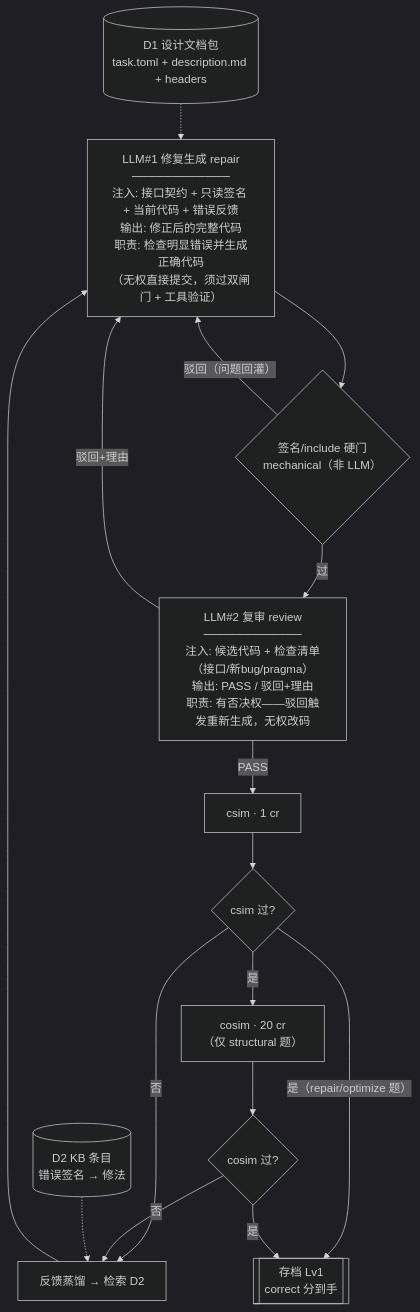
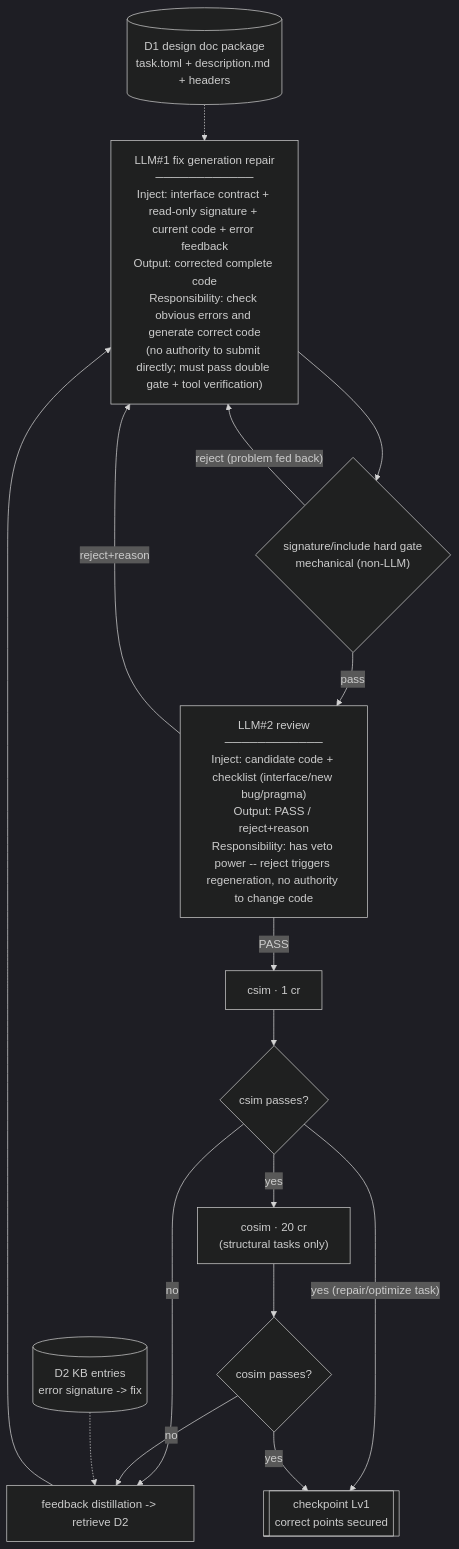
Before and after one commit to QFcattail/llm4hls: the second of 8 diagrams in docs-development/design/agent-architecture.md, drawn with Mermaid (dark theme). The commit also changed other lines of this file and 33 other files, not shown here.

````diff
--- a/docs-development/design/agent-architecture.md
+++ b/docs-development/design/agent-architecture.md
@@ -226,32 +228,32 @@
 ```mermaid
 flowchart TD
-    D1[("D1 设计文档包<br/>task.toml + description.md + headers")]
-    D2[("D2 KB 条目<br/>错误签名 → 修法")]
+    D1[("D1 design doc package<br/>task.toml + description.md + headers")]
+    D2[("D2 KB entries<br/>error signature -> fix")]
 
-    L1["LLM#1 修复生成 repair<br/>────────────<br/>注入: 接口契约 + 只读签名 + 当前代码 + 错误反馈<br/>输出: 修正后的完整代码<br/>职责: 检查明显错误并生成正确代码<br/>（无权直接提交，须过双闸门 + 工具验证）"]
-    M1{"签名/include 硬门<br/>mechanical（非 LLM）"}
-    L2["LLM#2 复审 review<br/>────────────<br/>注入: 候选代码 + 检查清单（接口/新bug/pragma）<br/>输出: PASS / 驳回+理由<br/>职责: 有否决权——驳回触发重新生成，无权改码"]
+    L1["LLM#1 fix generation repair<br/>────────────<br/>Inject: interface contract + read-only signature + current code + error feedback<br/>Output: corrected complete code<br/>Responsibility: check obvious errors and generate correct code<br/>(no authority to submit directly; must pass double gate + tool verification)"]
+    M1{"signature/include hard gate<br/>mechanical (non-LLM)"}
+    L2["LLM#2 review<br/>────────────<br/>Inject: candidate code + checklist (interface/new bug/pragma)<br/>Output: PASS / reject+reason<br/>Responsibility: has veto power -- reject triggers regeneration, no authority to change code"]
     T1["csim · 1 cr"]
-    Q1{csim 过?}
-    T2["cosim · 20 cr<br/>（仅 structural 题）"]
-    Q2{cosim 过?}
-    KB["反馈蒸馏 → 检索 D2"]
-    CK1[["存档 Lv1<br/>correct 分到手"]]
+    Q1{csim passes?}
+    T2["cosim · 20 cr<br/>(structural tasks only)"]
+    Q2{cosim passes?}
+    KB["feedback distillation -> retrieve D2"]
+    CK1[["checkpoint Lv1<br/>correct points secured"]]
 
     L1 --> M1
-    M1 -- "驳回（问题回灌）" --> L1
-    M1 -- "过" --> L2
-    L2 -- "驳回+理由" --> L1
+    M1 -- "reject (problem fed back)" --> L1
+    M1 -- "pass" --> L2
+    L2 -- "reject+reason" --> L1
     L2 -- "PASS" --> T1
     T1 --> Q1
-    Q1 -- "否" --> KB
+    Q1 -- "no" --> KB
     KB --> L1
-    Q1 -- "是" --> T2
+    Q1 -- "yes" --> T2
     T2 --> Q2
-    Q2 -- "否" --> KB
-    Q1 -- "是（repair/optimize 题）" --> CK1
-    Q2 -- "是" --> CK1
+    Q2 -- "no" --> KB
+    Q1 -- "yes (repair/optimize task)" --> CK1
+    Q2 -- "yes" --> CK1
 
     D1 -.-> L1
     D2 -.-> KB
 ```
````
